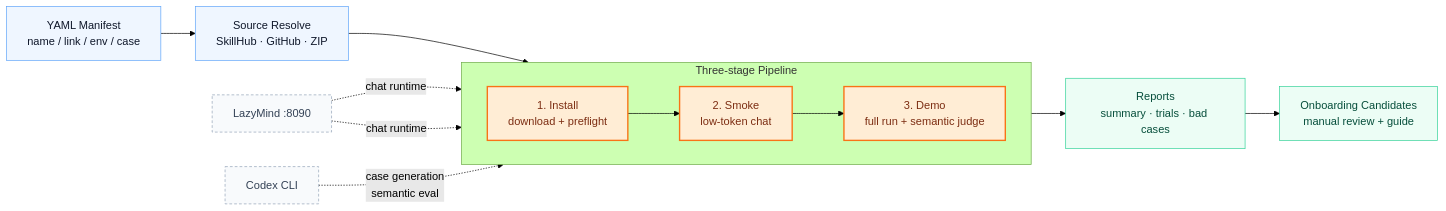
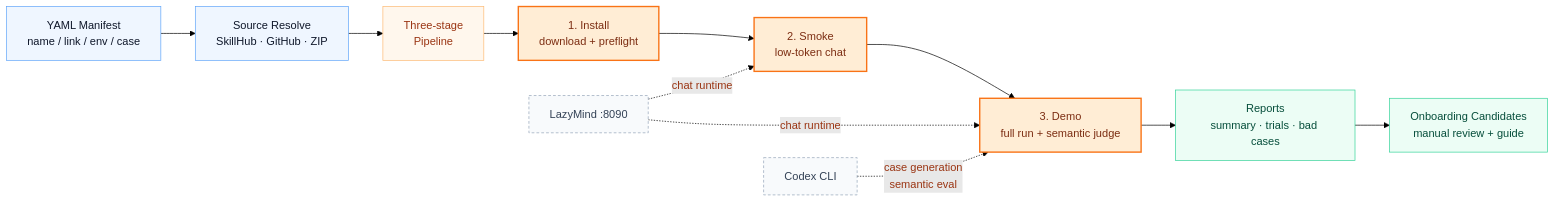
One commit to chenzhex/skill-auto changed the diagram in README.md. Above: the diagram before and after it, drawn with Mermaid (forest theme). The commit also changed 1 other file, not shown here.

Commit message:
Refine README diagram layout

````diff
--- a/README.md
+++ b/README.md
@@ -16,30 +16,26 @@
 ```mermaid
 flowchart LR
     A["YAML Manifest<br/>name / link / env / case"] --> B["Source Resolve<br/>SkillHub · GitHub · ZIP"]
-
-    subgraph P["Three-stage Pipeline"]
-        direction LR
-        C["1. Install<br/>download + preflight"]
-        D["2. Smoke<br/>low-token chat"]
-        E["3. Demo<br/>full run + semantic judge"]
-        C --> D --> E
-    end
-
-    B --> C
+    B --> T["Three-stage<br/>Pipeline"]
+    T --> C["1. Install<br/>download + preflight"]
+    C --> D["2. Smoke<br/>low-token chat"]
+    D --> E["3. Demo<br/>full run + semantic judge"]
     E --> F["Reports<br/>summary · trials · bad cases"]
     F --> G["Onboarding Candidates<br/>manual review + guide"]
 
     L["LazyMind :8090"] -. chat runtime .-> D
     L -. chat runtime .-> E
     X["Codex CLI"] -. case generation<br/>semantic eval .-> E
 
     classDef input fill:#eff6ff,stroke:#60a5fa,color:#0f172a;
+    classDef label fill:#fff7ed,stroke:#fdba74,color:#9a3412;
     classDef stage fill:#ffedd5,stroke:#f97316,color:#7c2d12,stroke-width:2px;
     classDef output fill:#ecfdf5,stroke:#34d399,color:#064e3b;
     classDef support fill:#f8fafc,stroke:#94a3b8,color:#334155,stroke-dasharray: 4 3;
 
     class A,B input;
+    class T label;
     class C,D,E stage;
     class F,G output;
     class L,X support;
 ```
````
